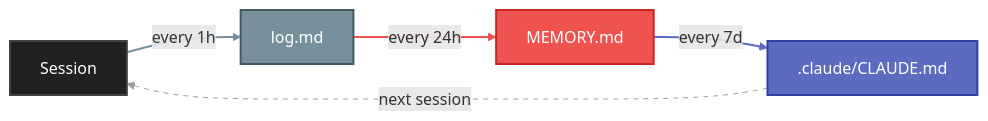
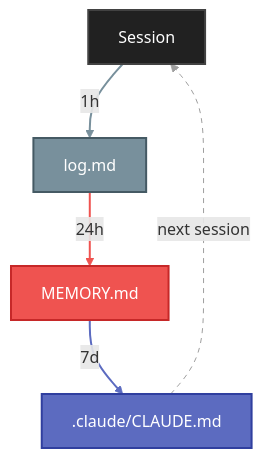
Before and after one commit to jameswniu/claude-os: the second of 3 diagrams in README.md, drawn with Mermaid. The commit also changed other lines of this file, not shown here.

First line of the commit message:
Downsize Phase 2/3 diagrams: TD with shorter labels

````diff
--- a/README.md
+++ b/README.md
@@ -35,17 +35,17 @@
 ```mermaid
-flowchart LR
-    S["Session"] -- "every 1h" --> L["log.md"]
-    L -- "every 24h" --> D["MEMORY.md"]
-    D -- "every 7d" --> R[".claude/CLAUDE.md"]
+flowchart TD
+    S["Session"] -- "1h" --> L["log.md"]
+    L -- "24h" --> D["MEMORY.md"]
+    D -- "7d" --> R[".claude/CLAUDE.md"]
     R -. "next session" .-> S
 
     style S fill:#212121,color:#fff,stroke:#424242,stroke-width:2px
     style L fill:#78909C,color:#fff,stroke:#455A64,stroke-width:2px
     style D fill:#EF5350,color:#fff,stroke:#C62828,stroke-width:2px
     style R fill:#5C6BC0,color:#fff,stroke:#303F9F,stroke-width:2px
 
     linkStyle 0 stroke:#78909C,stroke-width:2px
     linkStyle 1 stroke:#EF5350,stroke-width:2px
     linkStyle 2 stroke:#5C6BC0,stroke-width:2px
     linkStyle 3 stroke:#9E9E9E,stroke-width:1px,stroke-dasharray:5
 ```
````
